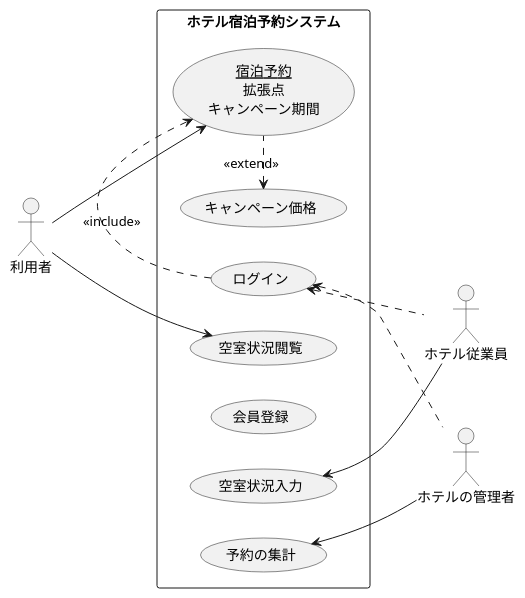
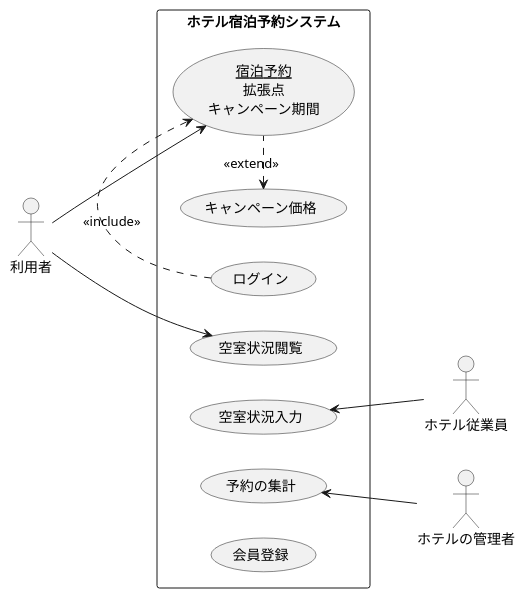
Before and after one commit to nagayamasaki/umi-intro: the diagram in 演習2/演習2-8_UC_ホテル予約システム.pu, drawn with PlantUML. The commit also changed 4 other files, not shown here.

```diff
--- a/演習2/演習2-8_UC_ホテル予約システム.pu
+++ b/演習2/演習2-8_UC_ホテル予約システム.pu
@@ -1,28 +1,29 @@
 @startuml ユースケース図
 left to right direction
 
 actor 利用者
 actor ホテル従業員
 actor ホテルの管理者
 
 rectangle ホテル宿泊予約システム{
  usecase 空室状況閲覧
  usecase ログイン
+  usecase 空室状況入力
+ usecase 予約の集計
  usecase 会員登録
 
  usecase キャンペーン価格
- usecase 空室状況入力
- usecase 予約の集計
+
  usecase (<u>宿泊予約</u>\n拡張点\nキャンペーン期間) as input
 '予約の時にアカウント登録（ログイン）をする
 }
 
 利用者 --> 空室状況閲覧
 利用者 --> input
 キャンペーン価格 <. input : << extend >>
 ログイン .> input: << include >>
-ログイン <. ホテル従業員
-ログイン <. ホテルの管理者
+'ログイン <. ホテル従業員
 空室状況入力 <-- ホテル従業員
+'ログイン <. ホテルの管理者
 予約の集計 <-- ホテルの管理者
 @enduml
```
